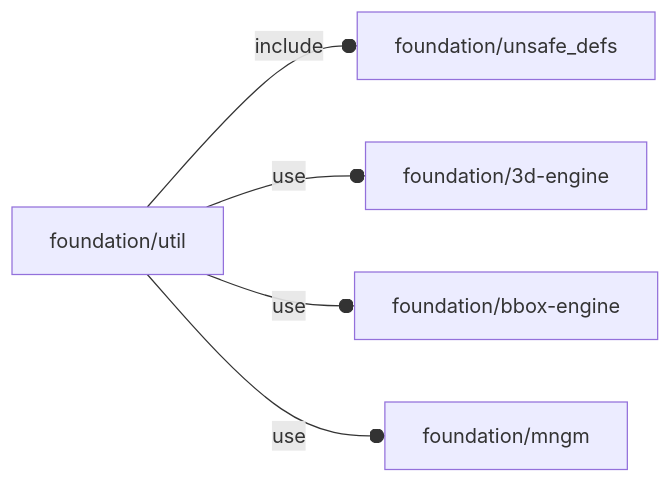
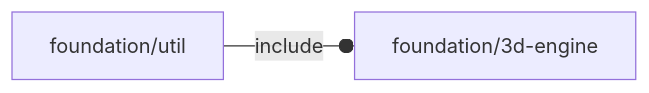
Before and after one commit to ggabbiani/OFL: the diagram in orthodocs/foundation/util.md, drawn with Mermaid. The commit also changed 26 other files, not shown here.

````diff
--- a/orthodocs/foundation/util.md
+++ b/orthodocs/foundation/util.md
@@ -5,7 +5,4 @@
 ```mermaid
 graph LR
-    A1[foundation/util] --o|include| A2[foundation/unsafe_defs]
-    A1 --o|use| A3[foundation/3d-engine]
-    A1 --o|use| A4[foundation/bbox-engine]
-    A1 --o|use| A5[foundation/mngm]
+    A1[foundation/util] --o|include| A2[foundation/3d-engine]
 ```
````
